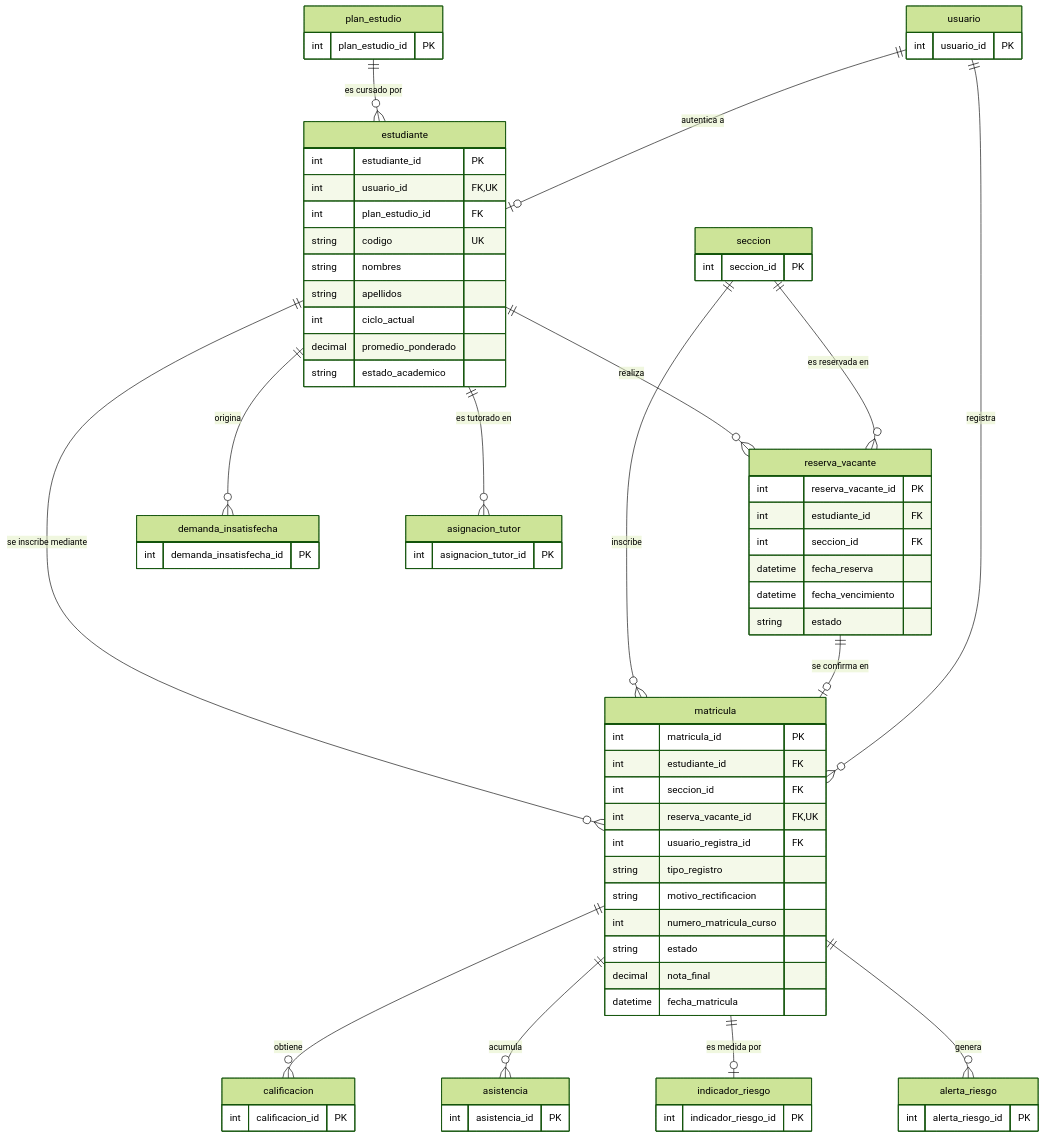
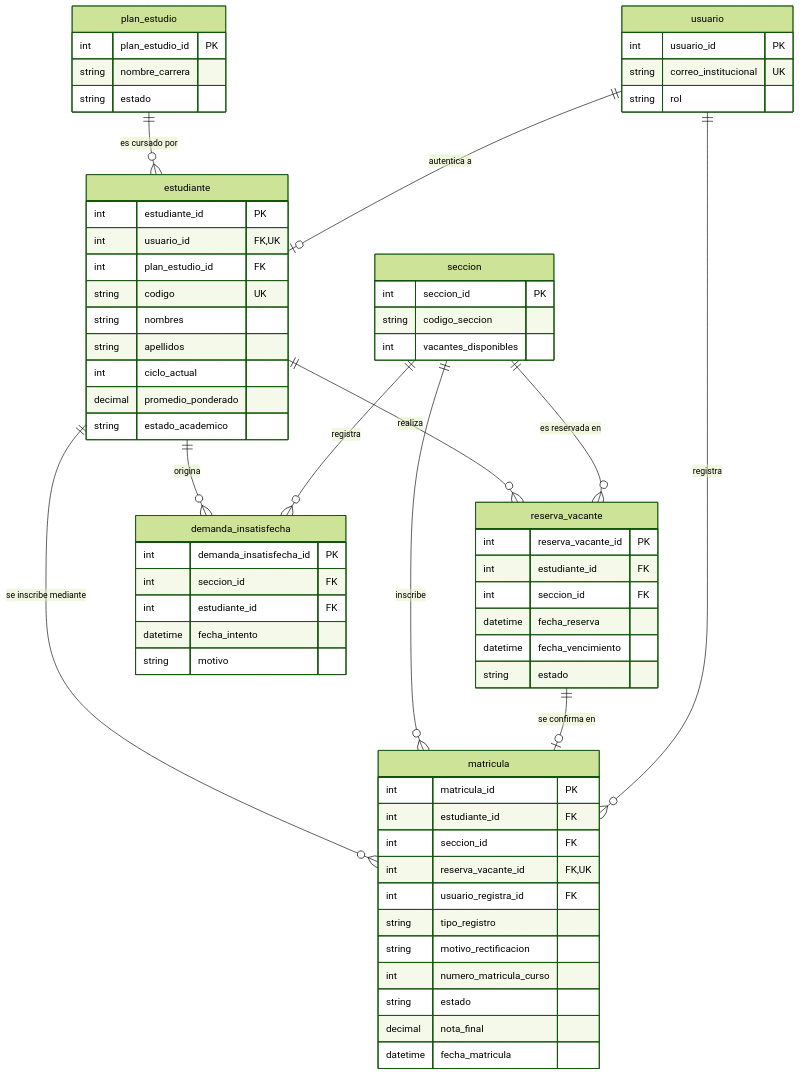
The diagram in 3/3.3/3.3.1/3.3.1.3/3.3.1.3.md (Marco-Gomez06/UNI-pre-202602-SW609-Grupo3), drawn with Mermaid (forest theme) before and after one commit. The commit also changed other lines of this file and 11 other files, not shown here.

Commit message:
fix de diagramas

````diff
--- a/3/3.3/3.3.1/3.3.1.3/3.3.1.3.md
+++ b/3/3.3/3.3.1/3.3.1.3/3.3.1.3.md
@@ -7,76 +12,68 @@
 ```mermaid
 erDiagram
     estudiante {
         int estudiante_id PK
         int usuario_id FK, UK
         int plan_estudio_id FK
         string codigo UK
         string nombres
         string apellidos
         int ciclo_actual
         decimal promedio_ponderado
         string estado_academico
     }
     reserva_vacante {
         int reserva_vacante_id PK
         int estudiante_id FK
         int seccion_id FK
         datetime fecha_reserva
         datetime fecha_vencimiento
         string estado
     }
     matricula {
         int matricula_id PK
         int estudiante_id FK
         int seccion_id FK
         int reserva_vacante_id FK, UK
         int usuario_registra_id FK
         string tipo_registro
         string motivo_rectificacion
         int numero_matricula_curso
         string estado
         decimal nota_final
         datetime fecha_matricula
     }
     plan_estudio {
         int plan_estudio_id PK
+        string nombre_carrera
+        string estado
     }
     usuario {
         int usuario_id PK
+        string correo_institucional UK
+        string rol
+    }
+    seccion {
+        int seccion_id PK
+        string codigo_seccion
+        int vacantes_disponibles
     }
     demanda_insatisfecha {
         int demanda_insatisfecha_id PK
+        int seccion_id FK
+        int estudiante_id FK
+        datetime fecha_intento
+        string motivo
     }
-    seccion {
-        int seccion_id PK
-    }
-    calificacion {
-        int calificacion_id PK
-    }
-    asistencia {
-        int asistencia_id PK
-    }
-    indicador_riesgo {
-        int indicador_riesgo_id PK
-    }
-    alerta_riesgo {
-        int alerta_riesgo_id PK
-    }
-    asignacion_tutor {
-        int asignacion_tutor_id PK
-    }
+
     plan_estudio ||--o{ estudiante : "es cursado por"
     usuario ||--o| estudiante : "autentica a"
-    estudiante ||--o{ demanda_insatisfecha : "origina"
     estudiante ||--o{ reserva_vacante : "realiza"
     seccion ||--o{ reserva_vacante : "es reservada en"
     estudiante ||--o{ matricula : "se inscribe mediante"
     seccion ||--o{ matricula : "inscribe"
     reserva_vacante ||--o| matricula : "se confirma en"
     usuario ||--o{ matricula : "registra"
-    matricula ||--o{ calificacion : "obtiene"
-    matricula ||--o{ asistencia : "acumula"
-    matricula ||--o| indicador_riesgo : "es medida por"
-    matricula ||--o{ alerta_riesgo : "genera"
-    estudiante ||--o{ asignacion_tutor : "es tutorado en"
+    estudiante ||--o{ demanda_insatisfecha : "origina"
+    seccion ||--o{ demanda_insatisfecha : "registra"
 ```
````
